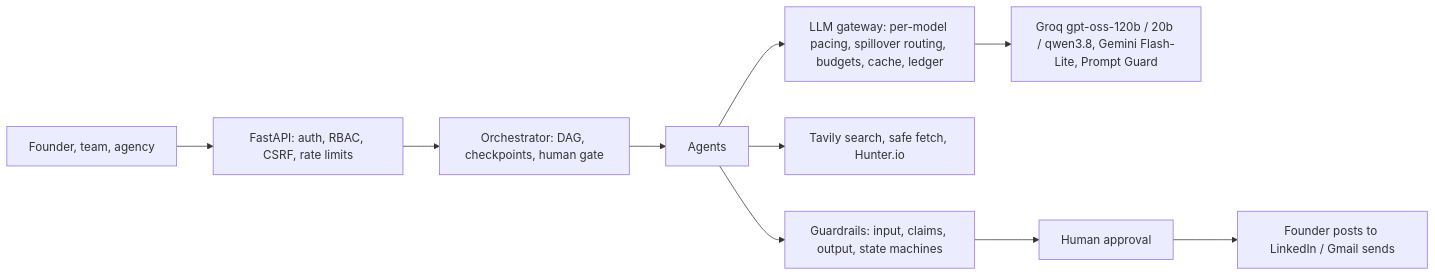
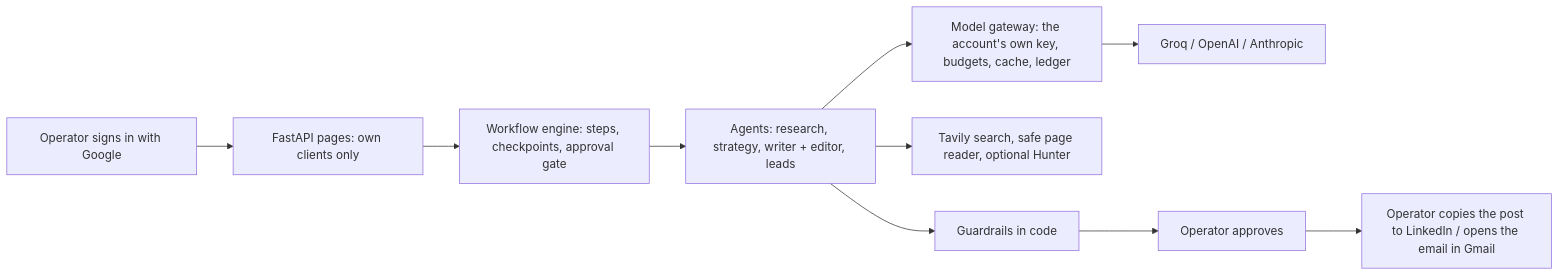
Before and after one commit to lokeshsuryawanshi/growthOS: the diagram in docs/REVIEWER_GUIDE.md, drawn with Mermaid. The commit also changed other lines of this file and 3 other files, not shown here.

Commit message:
Final live numbers: 56 posts (13 at the editor's bar) after the Baochip re-run; Postgres results; run failures explained

````diff
--- a/docs/REVIEWER_GUIDE.md
+++ b/docs/REVIEWER_GUIDE.md
@@ -24,11 +43,11 @@
 ```mermaid
 flowchart LR
-  F[Founder, team, agency] --> API[FastAPI: auth, RBAC, CSRF, rate limits]
-  API --> O[Orchestrator: DAG, checkpoints, human gate]
-  O --> A[Agents]
-  A --> G[LLM gateway: per-model pacing, spillover routing, budgets, cache, ledger]
-  G --> M[Groq gpt-oss-120b / 20b / qwen3.8, Gemini Flash-Lite, Prompt Guard]
-  A --> T[Tavily search, safe fetch, Hunter.io]
-  A --> R[Guardrails: input, claims, output, state machines]
-  R --> H[Human approval] --> X[Founder posts to LinkedIn / Gmail sends]
+  O[Operator signs in with Google] --> W[FastAPI pages: own clients only]
+  W --> E[Workflow engine: steps, checkpoints, approval gate]
+  E --> A[Agents: research, strategy, writer + editor, leads]
+  A --> G[Model gateway: the account's own key, budgets, cache, ledger]
+  G --> P[Groq / OpenAI / Anthropic]
+  A --> S[Tavily search, safe page reader, optional Hunter]
+  A --> R[Guardrails in code]
+  R --> H[Operator approves] --> X[Operator copies the post to LinkedIn / opens the email in Gmail]
 ```
````
